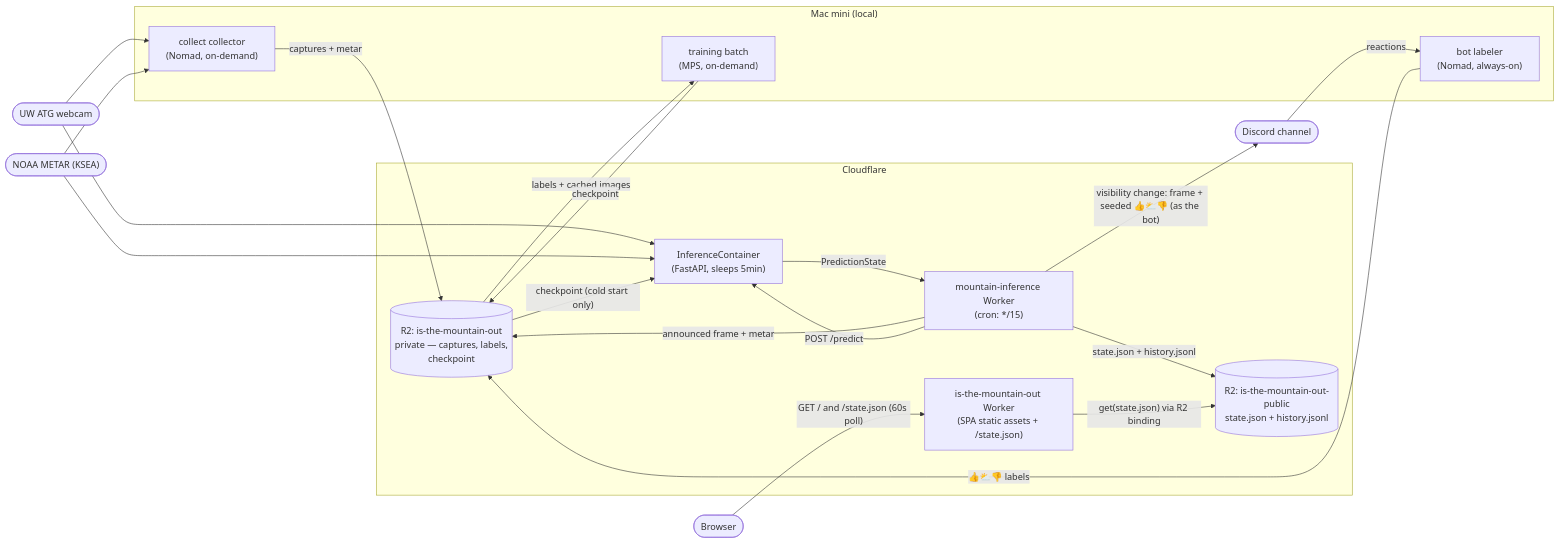
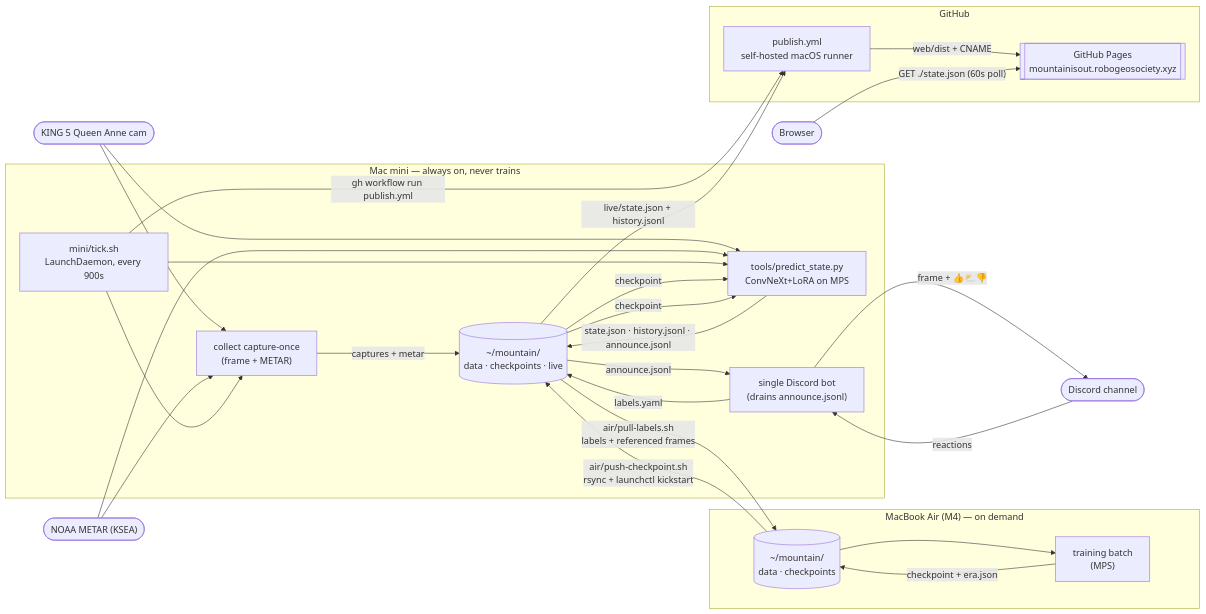
One commit to robogeosociety/is-the-mountain-out changed the first of 3 diagrams in README.md. Above: the diagram before and after it, drawn with Mermaid. The commit also changed other lines of this file and 68 other files, not shown here.

First line of the commit message:
Move inference to the Mac mini and the site to GitHub Pages (#101)

````diff
--- a/README.md
+++ b/README.md
@@ -64,38 +103,47 @@
 ```mermaid
 flowchart LR
-  subgraph local["Mac mini (local)"]
-    collector["collect collector<br/>(Nomad, on-demand)"]
-    labeler["bot labeler<br/>(Nomad, always-on)"]
-    trainer["training batch<br/>(MPS, on-demand)"]
+  subgraph mini["Mac mini — always on, never trains"]
+    tick["mini/tick.sh<br/>LaunchDaemon, every 900s"]
+    collector["collect capture-once<br/>(frame + METAR)"]
+    infer["tools/predict_state.py<br/>ConvNeXt+LoRA on MPS"]
+    bot["single Discord bot<br/>(drains announce.jsonl)"]
+    disk[("~/mountain/<br/>data · checkpoints · live")]
   end
 
-  subgraph cf["Cloudflare"]
-    worker["mountain-inference Worker<br/>(cron: */15)"]
-    container["InferenceContainer<br/>(FastAPI, sleeps 5min)"]
-    r2priv[("R2: is-the-mountain-out<br/>private — captures, labels,<br/>checkpoint")]
-    r2pub[("R2: is-the-mountain-out-public<br/>state.json + history.jsonl")]
-    site["is-the-mountain-out Worker<br/>(SPA static assets + /state.json)"]
+  subgraph air["MacBook Air (M4) — on demand"]
+    trainer["training batch<br/>(MPS)"]
+    airdisk[("~/mountain/<br/>data · checkpoints")]
   end
 
-  webcam(["UW ATG webcam"]) --> collector
+  subgraph gh["GitHub"]
+    wf["publish.yml<br/>self-hosted macOS runner"]
+    pages[["GitHub Pages<br/>mountainisout.robogeosociety.xyz"]]
+  end
+
+  webcam(["KING 5 Queen Anne cam"]) --> collector
   metar(["NOAA METAR (KSEA)"]) --> collector
-  collector -- "captures + metar" --> r2priv
+  webcam --> infer
+  metar --> infer
 
-  worker -- "visibility change: frame + seeded 👍⛅👎 (as the bot)" --> discord(["Discord channel"])
-  worker -- "announced frame + metar" --> r2priv
-  discord -- "reactions" --> labeler
-  labeler -- "👍⛅👎 labels" --> r2priv
+  tick --> collector
+  tick --> infer
+  collector -- "captures + metar" --> disk
+  disk -- "checkpoint" --> infer
+  infer -- "state.json · history.jsonl · announce.jsonl" --> disk
 
-  r2priv -- "labels + cached images" --> trainer
-  trainer -- "checkpoint" --> r2priv
+  tick -- "gh workflow run publish.yml" --> wf
+  disk -- "live/state.json + history.jsonl" --> wf
+  wf -- "web/dist + CNAME" --> pages
+  browser(["Browser"]) -- "GET ./state.json (60s poll)" --> pages
 
-  worker -- "POST /predict" --> container
-  webcam --> container
-  metar --> container
-  r2priv -- "checkpoint (cold start only)" --> container
-  container -- "PredictionState" --> worker
-  worker -- "state.json + history.jsonl" --> r2pub
+  disk -- "announce.jsonl" --> bot
+  bot -- "frame + 👍⛅👎" --> discord(["Discord channel"])
+  discord -- "reactions" --> bot
+  bot -- "labels.yaml" --> disk
 
-  browser(["Browser"]) -- "GET / and /state.json (60s poll)" --> site
-  site -- "get(state.json) via R2 binding" --> r2pub
+  disk -- "air/pull-labels.sh<br/>labels + referenced frames" --> airdisk
+  airdisk --> trainer
+  trainer -- "checkpoint + era.json" --> airdisk
+  airdisk -- "air/push-checkpoint.sh<br/>rsync + launchctl kickstart" --> disk
+  disk -- "checkpoint" --> infer
 ```
````
